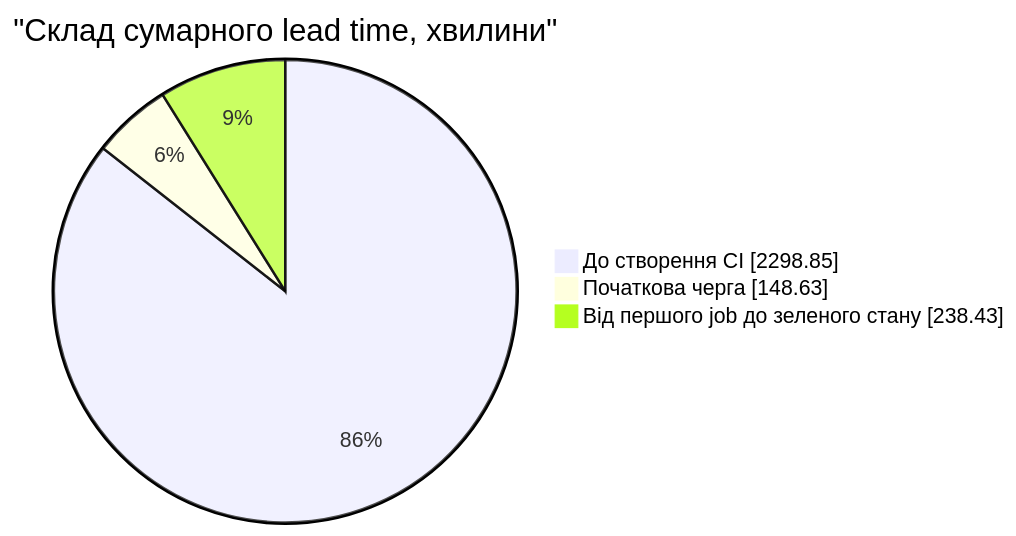
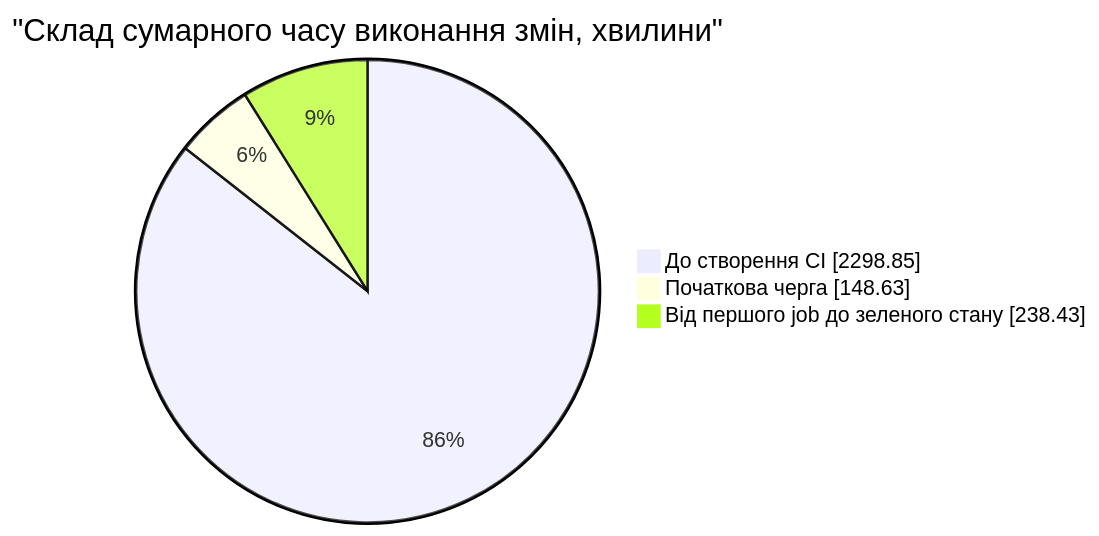
The third of 4 diagrams in docs/ci-cd/dora-summary.md (ukma-fin-ssdm-2026/Monkey-Business-project), drawn with Mermaid before and after one commit. The commit also changed other lines of this file and 5 other files, not shown here.

````diff
--- a/docs/ci-cd/dora-summary.md
+++ b/docs/ci-cd/dora-summary.md
@@ -105,7 +165,7 @@
 ```mermaid
 pie showData
-    title "Склад сумарного lead time, хвилини"
+    title "Склад сумарного часу виконання змін, хвилини"
     "До створення CI" : 2298.85
     "Початкова черга" : 148.63
     "Від першого job до зеленого стану" : 238.43
 ```
````
